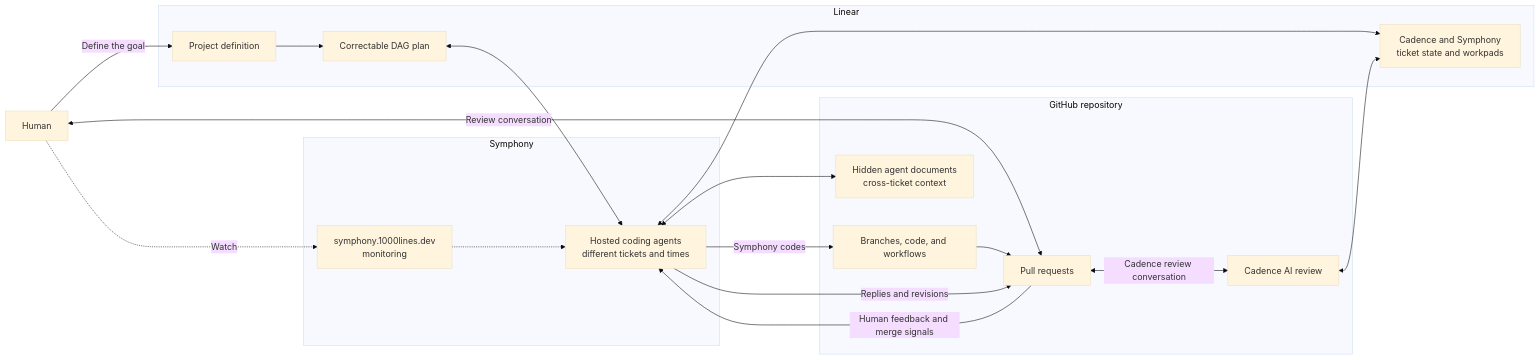
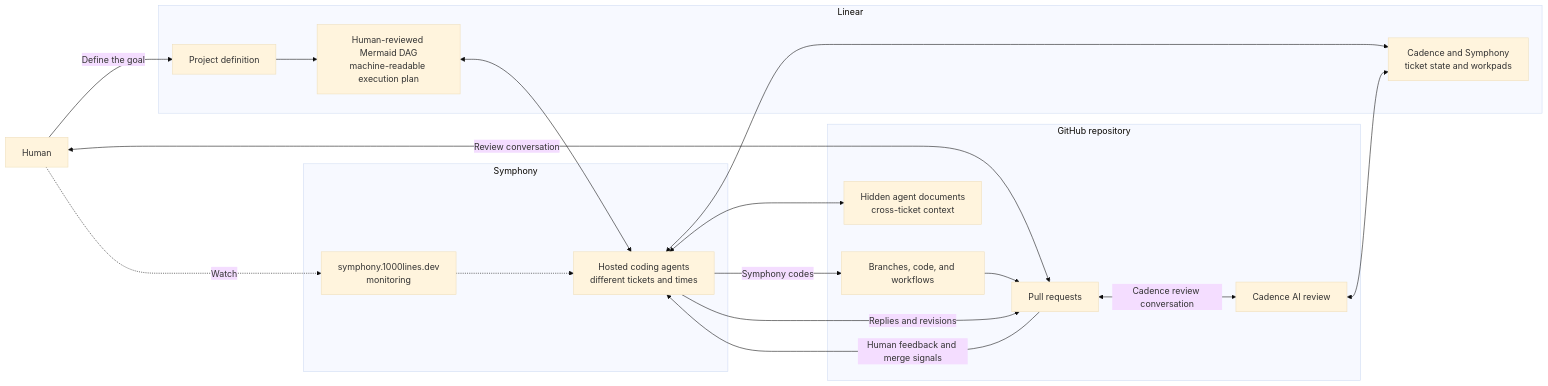
One commit to 1000lines/symphony-client-template changed the second of 2 diagrams in hackathon/README.md. Above: the diagram before and after it, drawn with Mermaid (base theme). The commit also changed other lines of this file and 1 other file, not shown here.

Commit message:
Center Mermaid plans in the onboarding story

````diff
--- a/hackathon/README.md
+++ b/hackathon/README.md
@@ -140,38 +156,38 @@
 ```mermaid
 flowchart LR
   HUMAN[Human]
 
   subgraph LINEAR[Linear]
     PROJECT[Project definition]
-    DAG[Correctable DAG plan]
+    DAG[Human-reviewed Mermaid DAG<br/>machine-readable execution plan]
     AGENTLINEAR[Cadence and Symphony<br/>ticket state and workpads]
   end
 
   subgraph SERVICE[Symphony]
     ORCHESTRATOR[Hosted coding agents<br/>different tickets and times]
     MONITOR[symphony.1000lines.dev<br/>monitoring]
   end
 
   subgraph GITHUB[GitHub repository]
     CODE[Branches, code, and workflows]
     HIDDEN[Hidden agent documents<br/>cross-ticket context]
     PR[Pull requests]
     CADENCE[Cadence AI review]
   end
 
   HUMAN -->|Define the goal| PROJECT
   HUMAN <-->|Review conversation| PR
   HUMAN -.->|Watch| MONITOR
 
   PROJECT --> DAG
   DAG <--> ORCHESTRATOR
   ORCHESTRATOR <--> AGENTLINEAR
   CADENCE <--> AGENTLINEAR
   MONITOR -.-> ORCHESTRATOR
   ORCHESTRATOR <--> HIDDEN
   ORCHESTRATOR -->|Symphony codes| CODE
   CODE --> PR
   ORCHESTRATOR -->|Replies and revisions| PR
   PR -->|Human feedback and merge signals| ORCHESTRATOR
   PR <-->|Cadence review conversation| CADENCE
 ```
````
